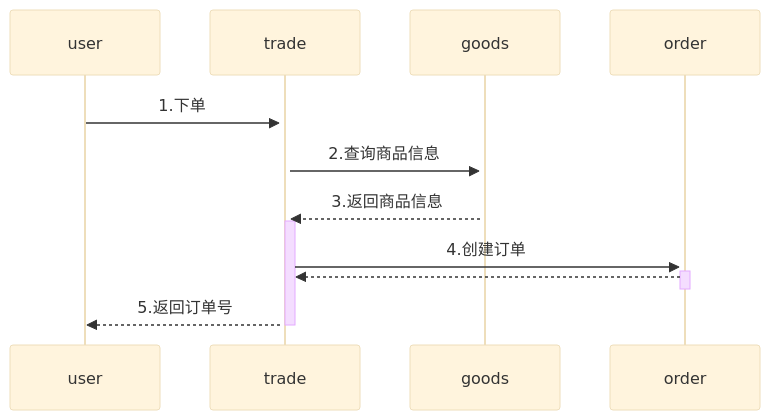
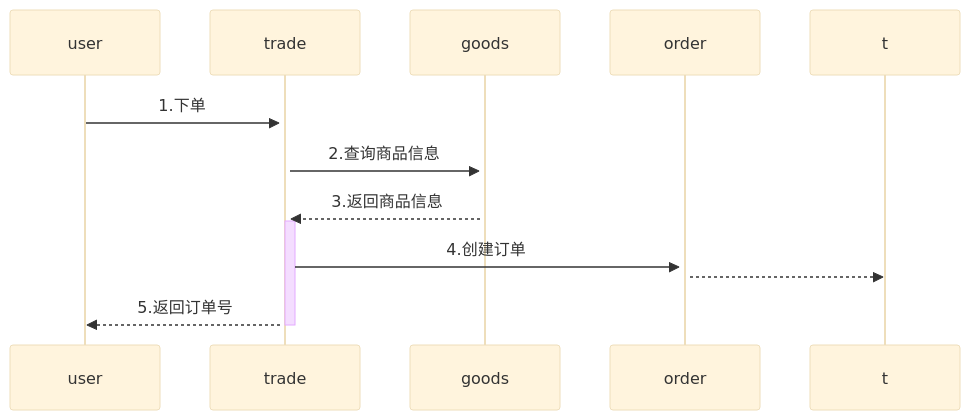
Before and after one commit to yingjianzh/iodraw-files: the diagram in all/未命名-6.md, drawn with Mermaid (base theme).

Commit message:
2024-08-19 15:21:26 update

````diff
--- a/all/未命名-6.md
+++ b/all/未命名-6.md
@@ -1,9 +1,9 @@
 ```mermaid
 sequenceDiagram
     user->>+trade: 1.下单
     trade->>+goods: 2.查询商品信息
     goods-->>+trade: 3.返回商品信息
     trade->>+order: 4.创建订单
-    order-->>-trade:
+    order-->>t:
     trade-->>-user: 5.返回订单号
 ```
````
